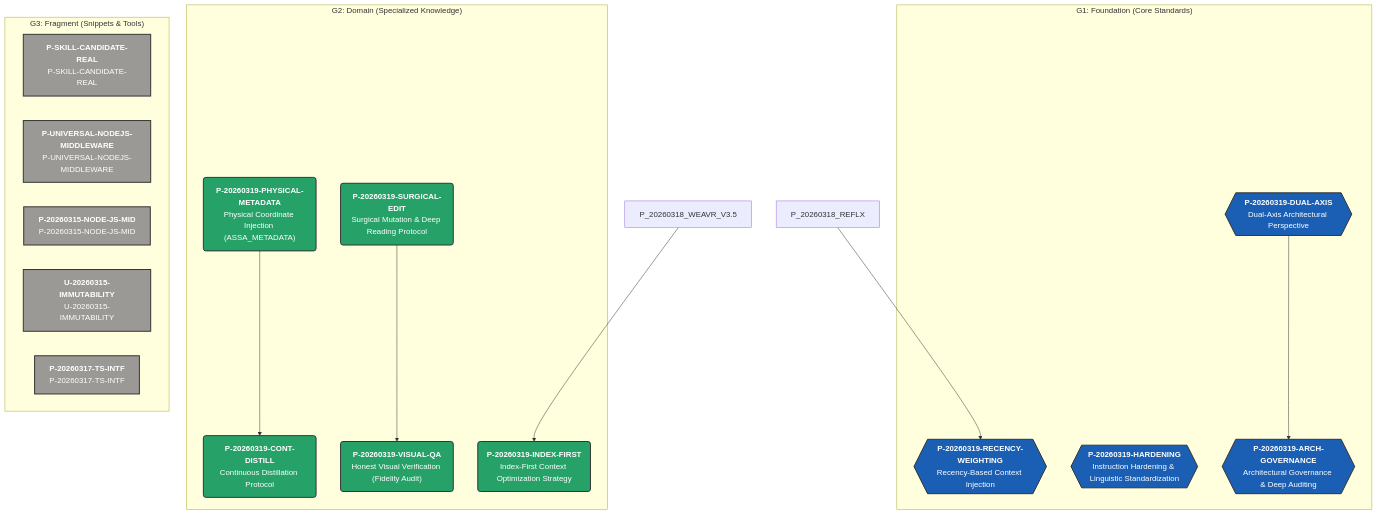
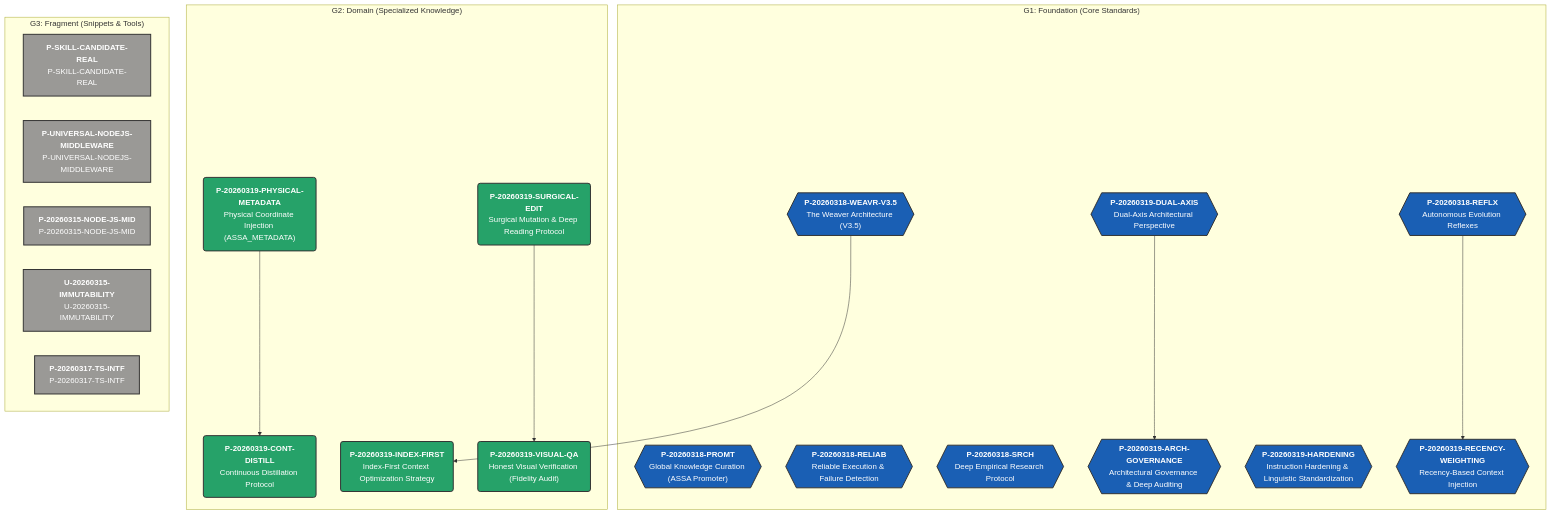
The second of 2 diagrams in README.md (Biogod2020/ASSA), drawn with Mermaid before and after one commit. The commit also changed 1 other file, not shown here.

Commit message:
docs: finalize knowledge graph with correct G1 levels and dependencies

````diff
--- a/README.md
+++ b/README.md
@@ -61,36 +61,41 @@
 ```mermaid
 graph TD
   subgraph G1 ["G1: Foundation (Core Standards)"]
+    P_20260318_PROMT{{"<b>P-20260318-PROMT</b><br/>Global Knowledge Curation (ASSA Promoter)"}}
+    P_20260318_REFLX{{"<b>P-20260318-REFLX</b><br/>Autonomous Evolution Reflexes"}}
+    P_20260318_RELIAB{{"<b>P-20260318-RELIAB</b><br/>Reliable Execution & Failure Detection"}}
+    P_20260318_SRCH{{"<b>P-20260318-SRCH</b><br/>Deep Empirical Research Protocol"}}
+    P_20260318_WEAVR_V3.5{{"<b>P-20260318-WEAVR-V3.5</b><br/>The Weaver Architecture (V3.5)"}}
     P_20260319_ARCH_GOVERNANCE{{"<b>P-20260319-ARCH-GOVERNANCE</b><br/>Architectural Governance & Deep Auditing"}}
     P_20260319_DUAL_AXIS{{"<b>P-20260319-DUAL-AXIS</b><br/>Dual-Axis Architectural Perspective"}}
     P_20260319_HARDENING{{"<b>P-20260319-HARDENING</b><br/>Instruction Hardening & Linguistic Standardization"}}
     P_20260319_RECENCY_WEIGHTING{{"<b>P-20260319-RECENCY-WEIGHTING</b><br/>Recency-Based Context Injection"}}
   end
   subgraph G2 ["G2: Domain (Specialized Knowledge)"]
     P_20260319_CONT_DISTILL("<b>P-20260319-CONT-DISTILL</b><br/>Continuous Distillation Protocol")
     P_20260319_INDEX_FIRST("<b>P-20260319-INDEX-FIRST</b><br/>Index-First Context Optimization Strategy")
     P_20260319_PHYSICAL_METADATA("<b>P-20260319-PHYSICAL-METADATA</b><br/>Physical Coordinate Injection (ASSA_METADATA)")
     P_20260319_SURGICAL_EDIT("<b>P-20260319-SURGICAL-EDIT</b><br/>Surgical Mutation & Deep Reading Protocol")
     P_20260319_VISUAL_QA("<b>P-20260319-VISUAL-QA</b><br/>Honest Visual Verification (Fidelity Audit)")
   end
   subgraph G3 ["G3: Fragment (Snippets & Tools)"]
     P_SKILL_CANDIDATE_REAL["<b>P-SKILL-CANDIDATE-REAL</b><br/>P-SKILL-CANDIDATE-REAL"]
     P_UNIVERSAL_NODEJS_MIDDLEWARE["<b>P-UNIVERSAL-NODEJS-MIDDLEWARE</b><br/>P-UNIVERSAL-NODEJS-MIDDLEWARE"]
     P_20260315_NODE_JS_MID["<b>P-20260315-NODE-JS-MID</b><br/>P-20260315-NODE-JS-MID"]
     U_20260315_IMMUTABILITY["<b>U-20260315-IMMUTABILITY</b><br/>U-20260315-IMMUTABILITY"]
     P_20260317_TS_INTF["<b>P-20260317-TS-INTF</b><br/>P-20260317-TS-INTF"]
   end
   P_20260319_DUAL_AXIS --> P_20260319_ARCH_GOVERNANCE
   P_20260319_PHYSICAL_METADATA --> P_20260319_CONT_DISTILL
   P_20260318_WEAVR_V3.5 --> P_20260319_INDEX_FIRST
   P_20260318_REFLX --> P_20260319_RECENCY_WEIGHTING
   P_20260319_SURGICAL_EDIT --> P_20260319_VISUAL_QA
 
   %% Styling
   classDef style_G1 fill:#1a5fb4,stroke:#333,stroke-width:2px,color:#fff,font-family:Arial;
-  class P_20260319_ARCH_GOVERNANCE,P_20260319_DUAL_AXIS,P_20260319_HARDENING,P_20260319_RECENCY_WEIGHTING style_G1;
+  class P_20260318_PROMT,P_20260318_REFLX,P_20260318_RELIAB,P_20260318_SRCH,P_20260318_WEAVR_V3.5,P_20260319_ARCH_GOVERNANCE,P_20260319_DUAL_AXIS,P_20260319_HARDENING,P_20260319_RECENCY_WEIGHTING style_G1;
   classDef style_G2 fill:#26a269,stroke:#333,stroke-width:2px,color:#fff,font-family:Arial;
   class P_20260319_CONT_DISTILL,P_20260319_INDEX_FIRST,P_20260319_PHYSICAL_METADATA,P_20260319_SURGICAL_EDIT,P_20260319_VISUAL_QA style_G2;
   classDef style_G3 fill:#9a9996,stroke:#333,stroke-width:2px,color:#fff,font-family:Arial;
   class P_SKILL_CANDIDATE_REAL,P_UNIVERSAL_NODEJS_MIDDLEWARE,P_20260315_NODE_JS_MID,U_20260315_IMMUTABILITY,P_20260317_TS_INTF style_G3;
 ```
````
